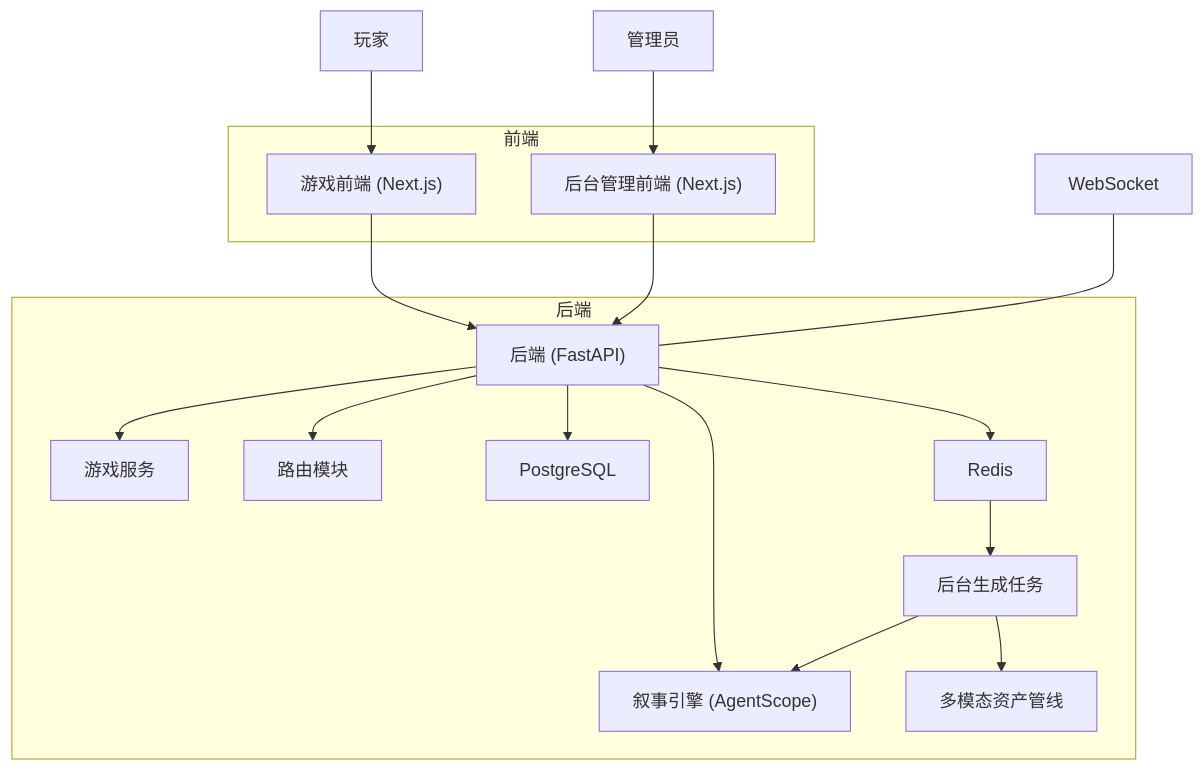
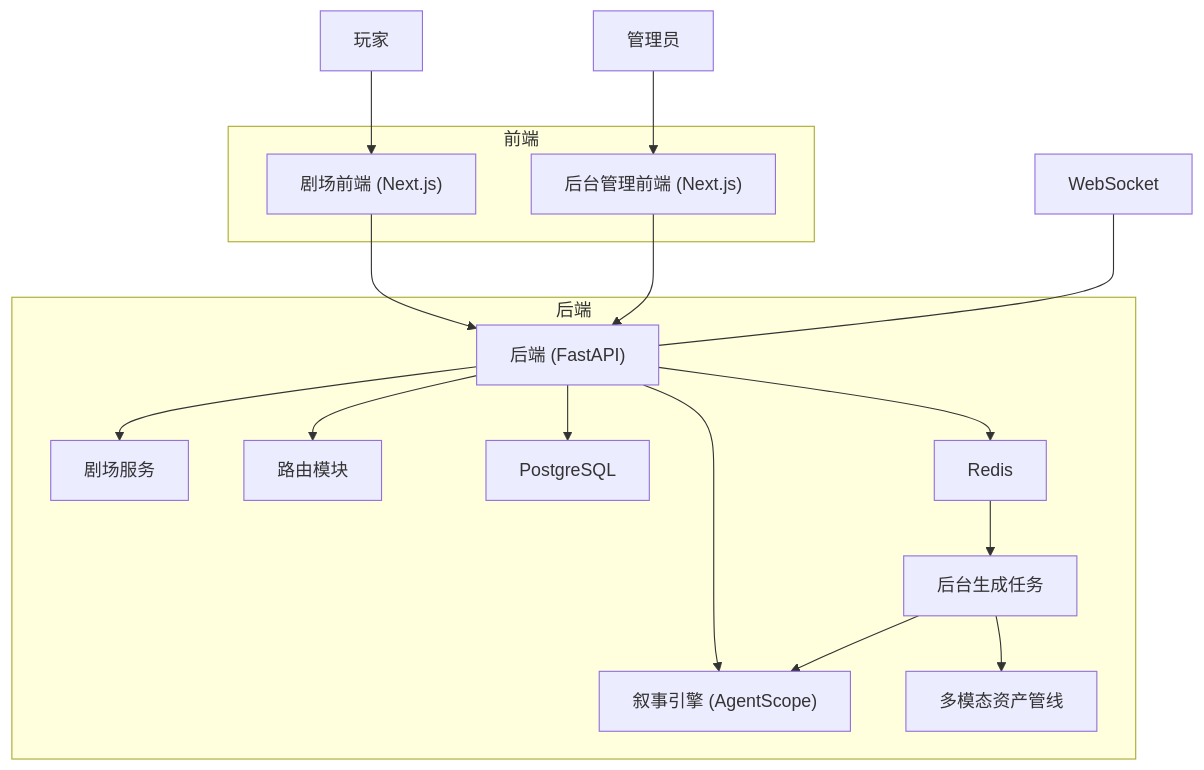
The second of 9 diagrams in .qoder/repowiki/zh/content/项目概述/项目概述.md (KunLabAI/KunFlix), drawn with Mermaid before and after one commit. The commit also changed other lines of this file and 112 other files, not shown here.

````diff
--- a/.qoder/repowiki/zh/content/项目概述/项目概述.md
+++ b/.qoder/repowiki/zh/content/项目概述/项目概述.md
@@ -144,22 +144,22 @@
 ```mermaid
 graph TB
-U["玩家"] --> GC["游戏前端 (Next.js)"]
+U["玩家"] --> GC["剧场前端 (Next.js)"]
 A["管理员"] --> AD["后台管理前端 (Next.js)"]
 GC --> API["后端 (FastAPI)"]
 AD --> API
 WS["WebSocket"] --- API
 subgraph "后端"
 API --> NE["叙事引擎 (AgentScope)"]
-API --> GS["游戏服务"]
+API --> GS["剧场服务"]
 API --> RT["路由模块"]
 API --> DB["PostgreSQL"]
 API --> RDS["Redis"]
 RDS --> W["后台生成任务"]
 W --> NE
 W --> AP["多模态资产管线"]
 end
 subgraph "前端"
 GC
 AD
 end
 ```
````
